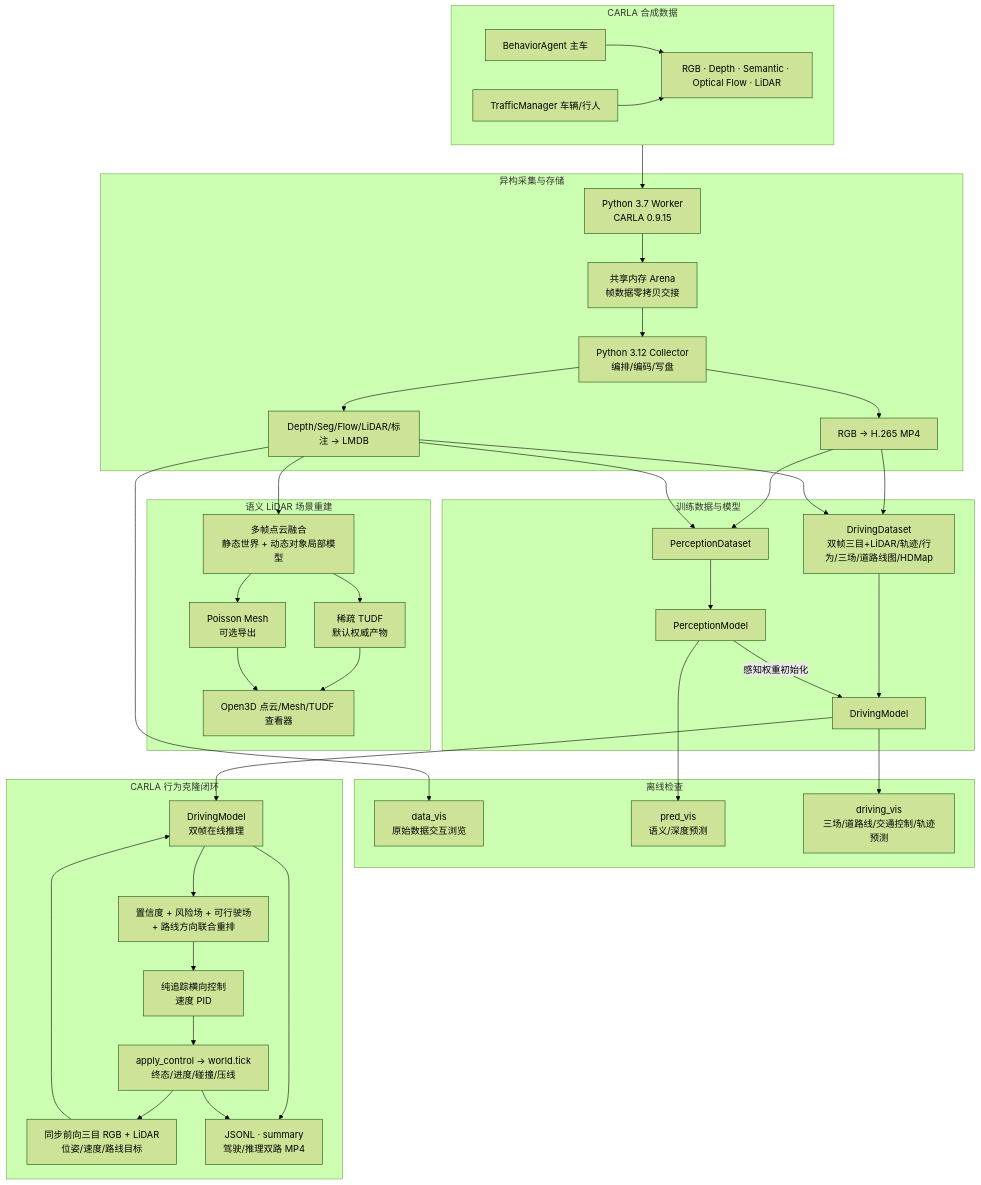
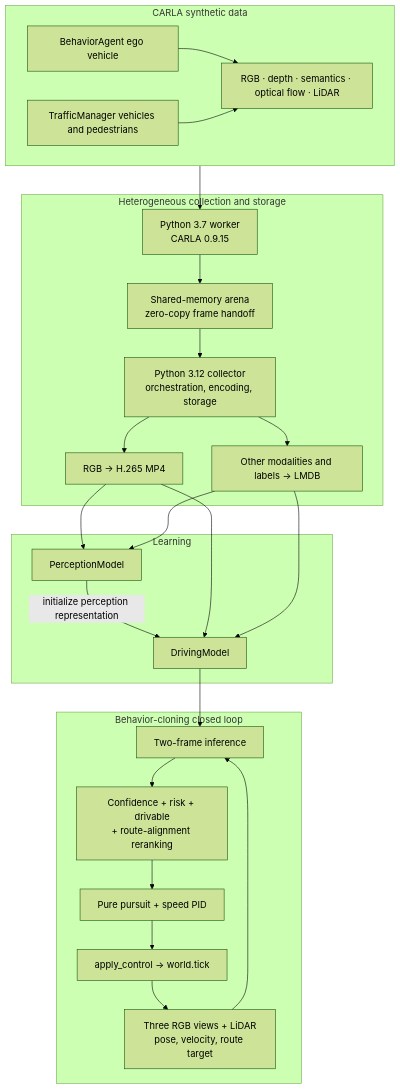
The second of 4 diagrams in README.md (ByteDriveTeam/ByteDrive-Toy), drawn with Mermaid (forest theme) before and after one commit. The commit also changed other lines of this file and 11 other files, not shown here.

````diff
--- a/README.md
+++ b/README.md
@@ -167,69 +120,39 @@
 ```mermaid
 flowchart TB
-    subgraph SIM["CARLA 合成数据"]
-        C1["BehaviorAgent 主车"]
-        C2["TrafficManager 车辆/行人"]
-        C3["RGB · Depth · Semantic · Optical Flow · LiDAR"]
+    subgraph SIM["CARLA synthetic data"]
+        C1["BehaviorAgent ego vehicle"]
+        C2["TrafficManager vehicles and pedestrians"]
+        C3["RGB · depth · semantics · optical flow · LiDAR"]
         C1 --> C3
         C2 --> C3
     end
-
-    subgraph STORE["异构采集与存储"]
-        W["Python 3.7 Worker<br/>CARLA 0.9.15"]
-        SHM["共享内存 Arena<br/>帧数据零拷贝交接"]
-        COL["Python 3.12 Collector<br/>编排/编码/写盘"]
-        MP4["RGB → H.265 MP4"]
-        DB["Depth/Seg/Flow/LiDAR/标注 → LMDB"]
+    subgraph STORE["Heterogeneous collection and storage"]
+        W["Python 3.7 worker<br/>CARLA 0.9.15"]
+        SHM["Shared-memory arena<br/>zero-copy frame handoff"]
+        COL["Python 3.12 collector<br/>orchestration, encoding, storage"]
+        MP4["RGB -> H.265 MP4"]
+        DB["Other modalities and labels -> LMDB"]
         W --> SHM --> COL
         COL --> MP4
         COL --> DB
     end
-
-    subgraph RECON["语义 LiDAR 场景重建"]
-        FUSE["多帧点云融合<br/>静态世界 + 动态对象局部模型"]
-        TUDF["稀疏 TUDF<br/>默认权威产物"]
-        MESH["Poisson Mesh<br/>可选导出"]
-        RVIS["Open3D 点云/Mesh/TUDF 查看器"]
-        FUSE --> TUDF --> RVIS
-        FUSE --> MESH --> RVIS
-    end
-
-    subgraph LEARN["训练数据与模型"]
-        DS1["PerceptionDataset"]
-        DS2["DrivingDataset<br/>双帧三目+LiDAR/轨迹/行为/三场/道路线图/HDMap"]
+    subgraph LEARN["Learning"]
         P["PerceptionModel"]
         D["DrivingModel"]
-        DS1 --> P
-        DS2 --> D
-        P -->|"感知权重初始化"| D
+        P -->|"initialize perception representation"| D
     end
-
-    subgraph VIS["离线检查"]
-        V1["data_vis<br/>原始数据交互浏览"]
-        V2["pred_vis<br/>语义/深度预测"]
-        V3["driving_vis<br/>三场/道路线/交通控制/轨迹预测"]
+    subgraph CLOSED["Behavior-cloning closed loop"]
+        OBS["Three RGB views + LiDAR<br/>pose, velocity, route target"]
+        INF["Two-frame inference"]
+        SELECT["Confidence + risk + drivable<br/>+ route-alignment reranking"]
+        CTRL["Pure pursuit + speed PID"]
+        STEP["apply_control -> world.tick"]
+        OBS --> INF --> SELECT --> CTRL --> STEP --> OBS
     end
-
-    subgraph CLOSED["CARLA 行为克隆闭环"]
-        OBS["同步前向三目 RGB + LiDAR<br/>位姿/速度/路线目标"]
-        INF["DrivingModel<br/>双帧在线推理"]
-        SELECT["置信度 + 风险场 + 可行驶场<br/>+ 路线方向联合重排"]
-        CTRL["纯追踪横向控制<br/>速度 PID"]
-        STEP["apply_control → world.tick<br/>终态/进度/碰撞/压线"]
-        LOG["JSONL · summary<br/>驾驶/推理双路 MP4"]
-        OBS --> INF --> SELECT --> CTRL --> STEP --> OBS
-        INF --> LOG
-        STEP --> LOG
-    end
-
     SIM --> W
-    MP4 --> DS1
-    DB --> DS1
-    MP4 --> DS2
-    DB --> DS2
-    DB --> FUSE
-    DB --> V1
-    P --> V2
-    D --> V3
+    MP4 --> P
+    DB --> P
+    MP4 --> D
+    DB --> D
     D --> INF
 ```
````
